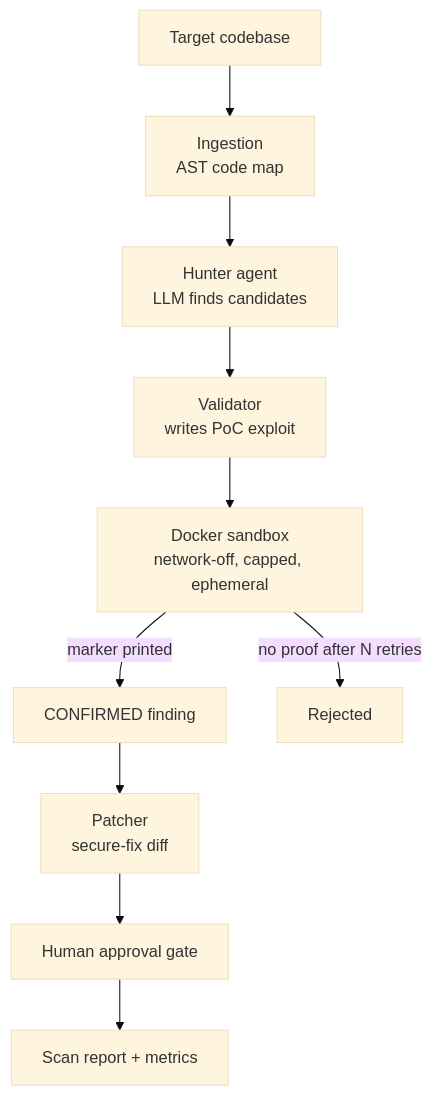
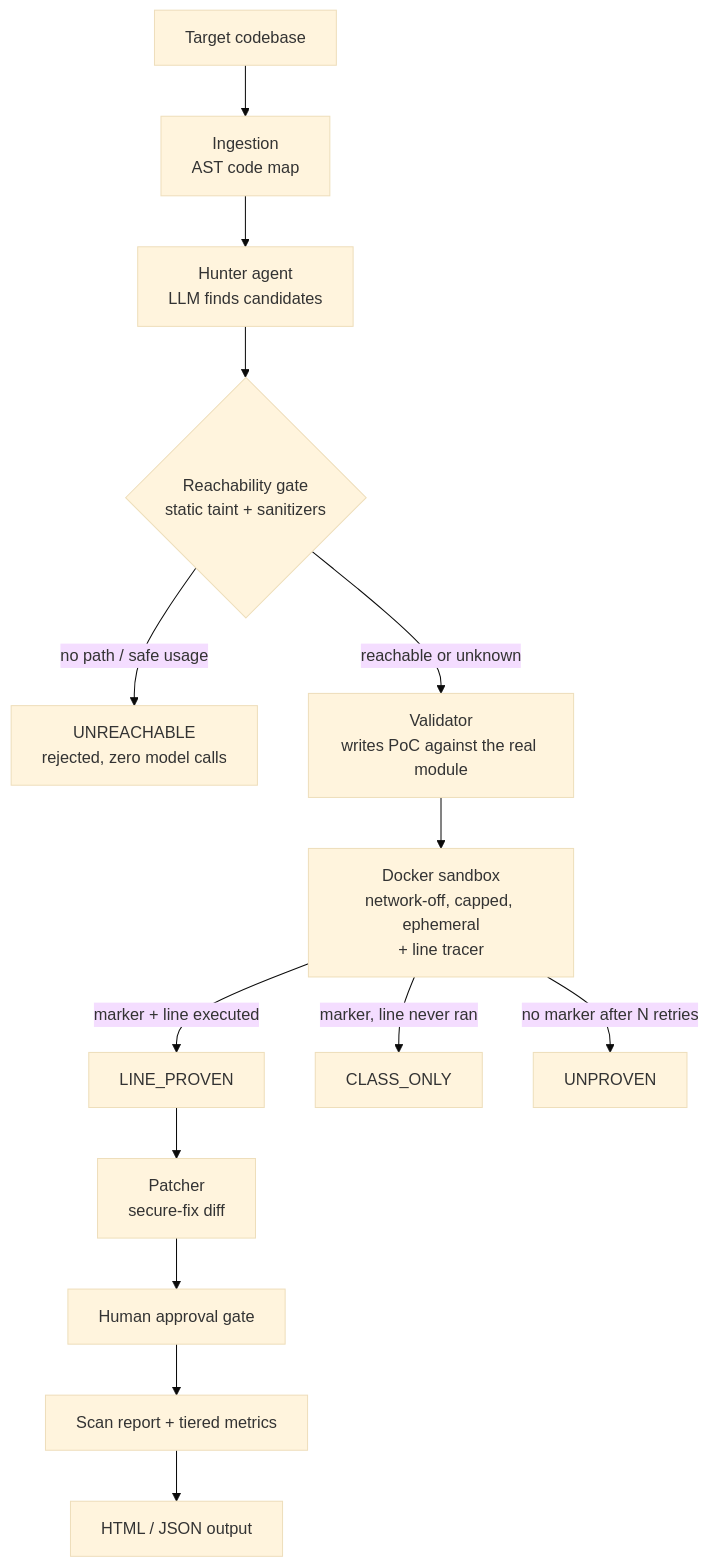
The diagram in README.md (rahulpaul-07/Sentinel-Autonomous-AppSec-Agent), drawn with Mermaid (base theme) before and after one commit. The commit also changed other lines of this file and 1 other file, not shown here.

````diff
--- a/README.md
+++ b/README.md
@@ -27,12 +66,16 @@
 ```mermaid
 flowchart TD
     A[Target codebase] --> B[Ingestion<br/>AST code map]
     B --> C[Hunter agent<br/>LLM finds candidates]
-    C --> D[Validator<br/>writes PoC exploit]
-    D --> E[Docker sandbox<br/>network-off, capped, ephemeral]
-    E -->|marker printed| F[CONFIRMED finding]
-    E -->|no proof after N retries| G[Rejected]
+    C --> G{Reachability gate<br/>static taint + sanitizers}
+    G -->|no path / safe usage| X[UNREACHABLE<br/>rejected, zero model calls]
+    G -->|reachable or unknown| D[Validator<br/>writes PoC against the real module]
+    D --> E[Docker sandbox<br/>network-off, capped, ephemeral<br/>+ line tracer]
+    E -->|marker + line executed| F[LINE_PROVEN]
+    E -->|marker, line never ran| CO[CLASS_ONLY]
+    E -->|no marker after N retries| U[UNPROVEN]
     F --> H[Patcher<br/>secure-fix diff]
     H --> I[Human approval gate]
-    I --> J[Scan report + metrics]
+    I --> J[Scan report + tiered metrics]
+    J --> K[HTML / JSON output]
 ```
````
